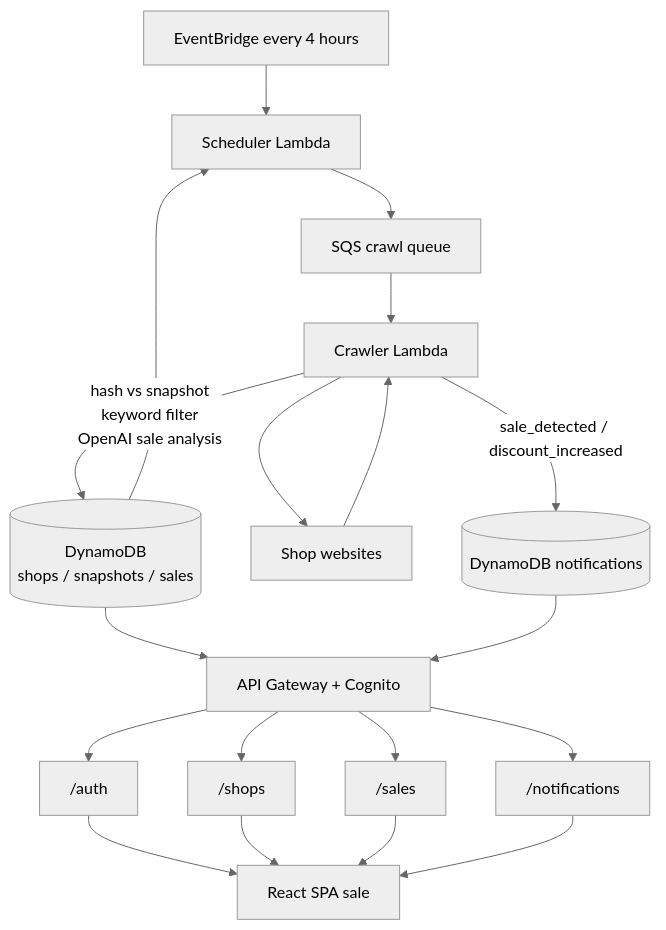
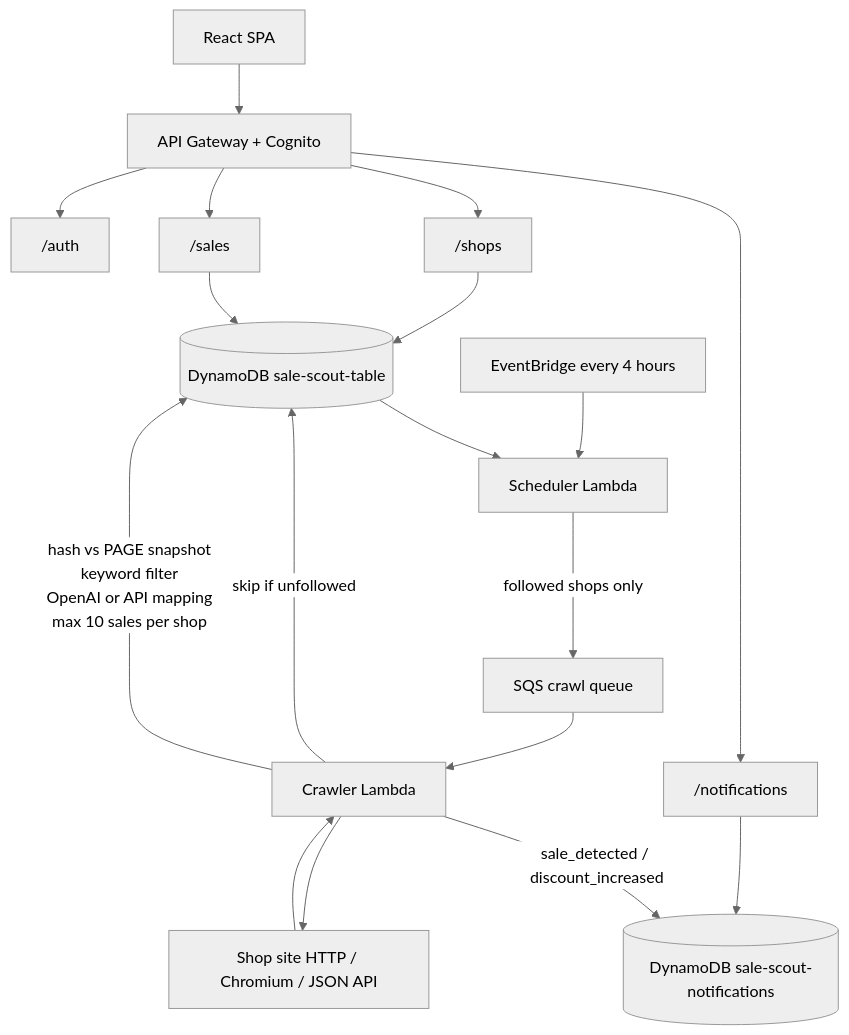
Before and after one commit to salim359/sale: the diagram in README.md, drawn with Mermaid (neutral theme). The commit also changed other lines of this file and 34 other files, not shown here.

````diff
--- a/README.md
+++ b/README.md
@@ -143,21 +158,22 @@
 ```mermaid
 flowchart TD
-  EB[EventBridge every 4 hours] --> SCH[Scheduler Lambda]
-  DDB[(DynamoDB<br/>shops / snapshots / sales)] --> SCH
-  SCH --> SQS[SQS crawl queue]
-  SQS --> CR[Crawler Lambda]
-  CR --> WEB[Shop websites]
-  WEB --> CR
-  CR -->|hash vs snapshot<br/>keyword filter<br/>OpenAI sale analysis| DDB
-  CR -->|sale_detected / discount_increased| NTF[(DynamoDB notifications)]
-  DDB --> APIGW[API Gateway + Cognito]
-  NTF --> APIGW
+  APP[React SPA] --> APIGW[API Gateway + Cognito]
   APIGW --> AUTH["/auth"]
   APIGW --> SHOPS["/shops"]
   APIGW --> SALES["/sales"]
   APIGW --> NOTES["/notifications"]
-  AUTH --> APP[React SPA sale]
-  SHOPS --> APP
-  SALES --> APP
-  NOTES --> APP
+
+  SHOPS --> DDB[(DynamoDB sale-scout-table)]
+  SALES --> DDB
+  NOTES --> NTF[(DynamoDB sale-scout-notifications)]
+
+  EB[EventBridge every 4 hours] --> SCH[Scheduler Lambda]
+  DDB --> SCH
+  SCH -->|followed shops only| SQS[SQS crawl queue]
+  SQS --> CR[Crawler Lambda]
+  CR -->|skip if unfollowed| DDB
+  CR --> WEB[Shop site HTTP / Chromium / JSON API]
+  WEB --> CR
+  CR -->|hash vs PAGE snapshot<br/>keyword filter<br/>OpenAI or API mapping<br/>max 10 sales per shop| DDB
+  CR -->|sale_detected / discount_increased| NTF
 ```
````
